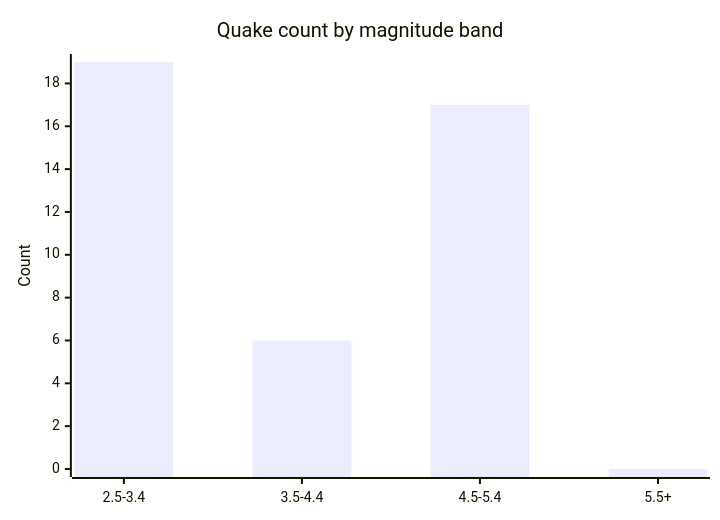
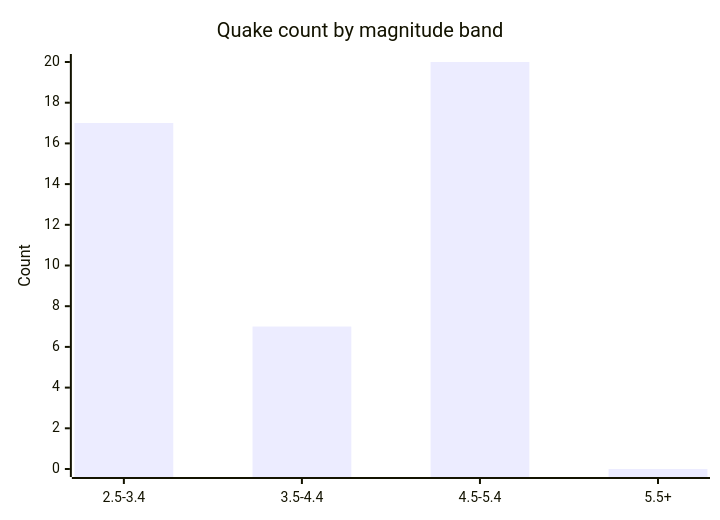
Before and after one commit to Midwest-Stratospheric/aerostratospheric-defense-gir: the fifth of 6 diagrams in docs/GRAPHS.md, drawn with Mermaid. The commit also changed other lines of this file and 25 other files, not shown here.

````diff
--- a/docs/GRAPHS.md
+++ b/docs/GRAPHS.md
@@ -82,7 +82,7 @@
 ```mermaid
 xychart-beta
   title "Quake count by magnitude band"
   x-axis ["2.5-3.4", "3.5-4.4", "4.5-5.4", "5.5+"]
-  y-axis "Count" 0 --> 19
-  bar [19, 6, 17, 0]
+  y-axis "Count" 0 --> 20
+  bar [17, 7, 20, 0]
 ```
````
